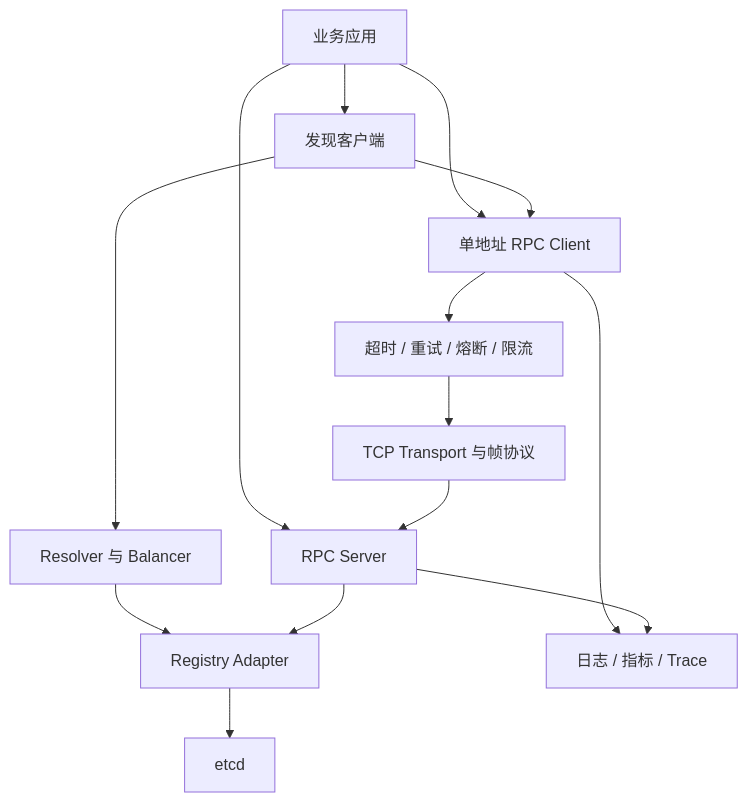
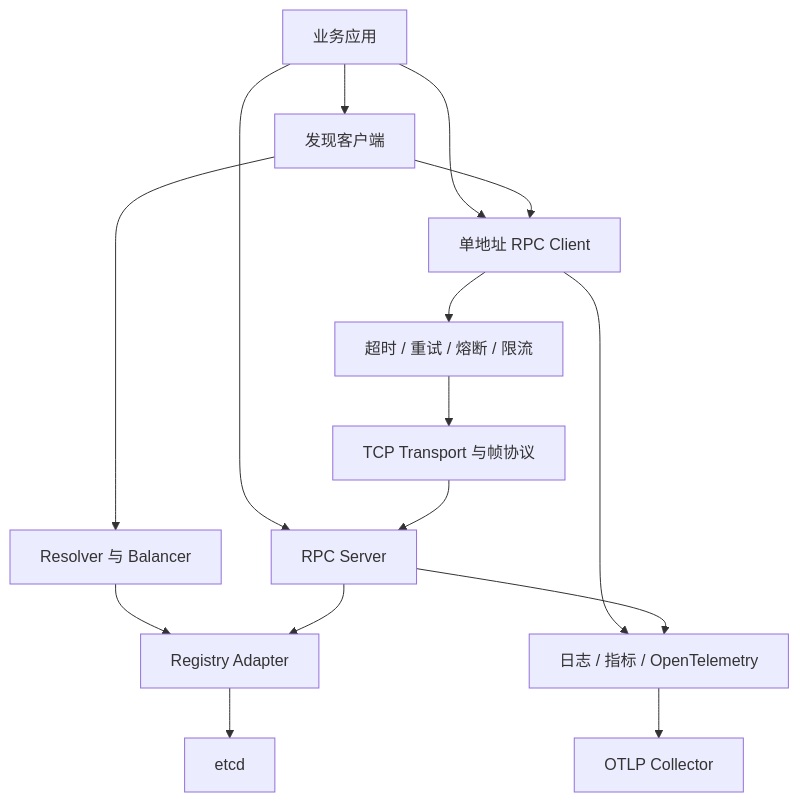
Before and after one commit to zjsycwmrbig/MiniRPC: the diagram in docs/architecture.md, drawn with Mermaid. The commit also changed other lines of this file and 5 other files, not shown here.

```diff
--- a/docs/architecture.md
+++ b/docs/architecture.md
@@ -21,27 +21,29 @@
 ~~~mermaid
 flowchart TB
     App[业务应用]
     Client[单地址 RPC Client]
     Discovery[发现客户端]
     Server[RPC Server]
     Resolver[Resolver 与 Balancer]
     Registry[Registry Adapter]
     Etcd[etcd]
     Governance[超时 / 重试 / 熔断 / 限流]
     Transport[TCP Transport 与帧协议]
-    Observe[日志 / 指标 / Trace]
+    Observe[日志 / 指标 / OpenTelemetry]
+    Collector[OTLP Collector]
 
     App --> Client
     App --> Discovery
     App --> Server
     Discovery --> Resolver
     Discovery --> Client
     Client --> Governance
     Resolver --> Registry
     Registry --> Etcd
     Governance --> Transport
     Transport --> Server
     Server --> Registry
     Client --> Observe
     Server --> Observe
+    Observe --> Collector
 ~~~
```
